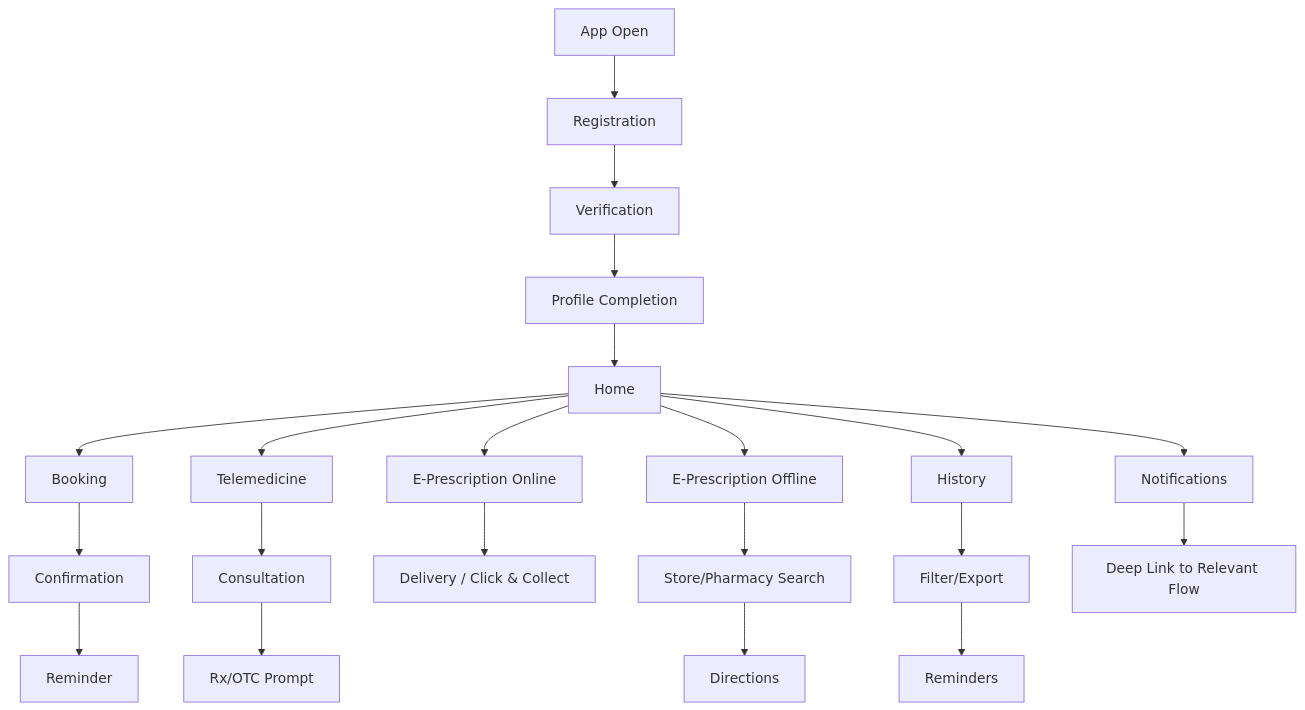
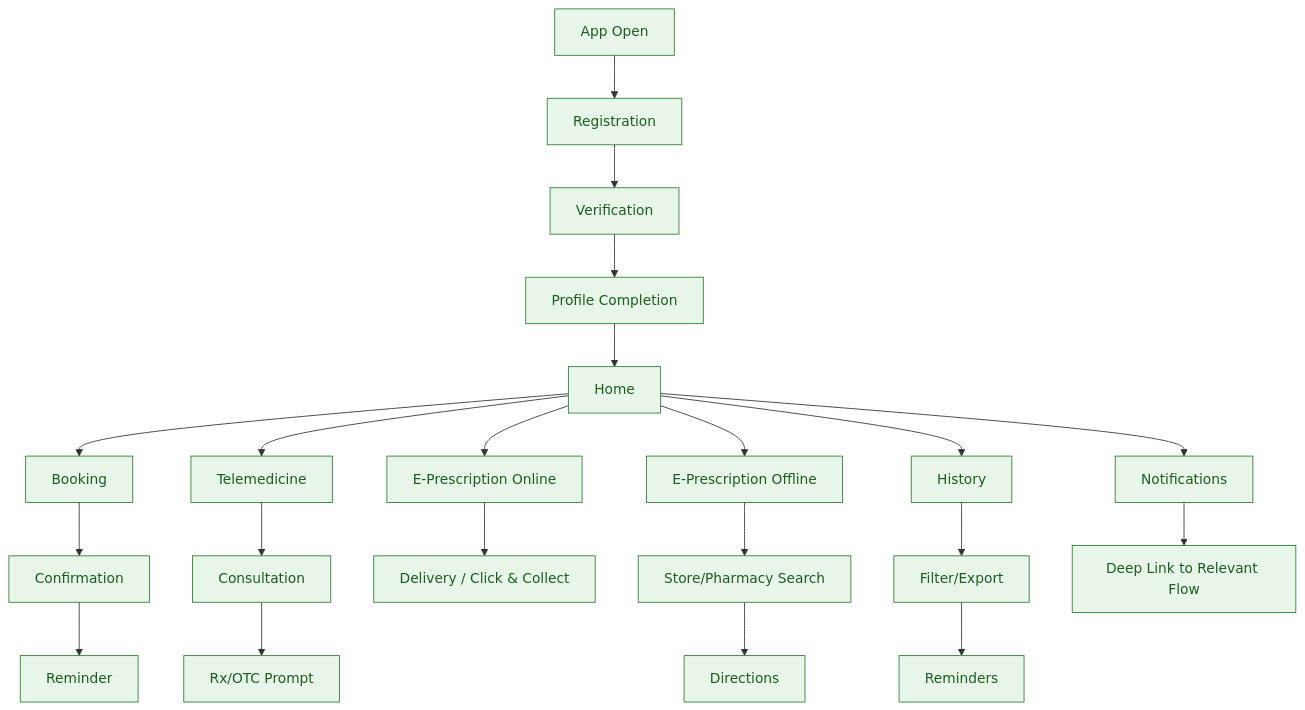
One commit to tini-works/proto-medalpha changed the diagram in docs/scope-index.md. Above: the diagram before and after it, drawn with Mermaid. The commit also changed 99 other files, not shown here.

````diff
--- a/docs/scope-index.md
+++ b/docs/scope-index.md
@@ -33,23 +33,24 @@
 ```mermaid
 flowchart TD
     A[App Open] --> R[Registration]
     R --> V[Verification]
     V --> P[Profile Completion]
     P --> H[Home]
     H --> B[Booking]
     B --> BC[Confirmation]
     BC --> BR[Reminder]
     H --> T[Telemedicine]
     T --> TC[Consultation]
     TC --> RX[Rx/OTC Prompt]
     H --> ERXO[E-Prescription Online]
     ERXO --> DEL[Delivery / Click & Collect]
     H --> ERXF[E-Prescription Offline]
     ERXF --> LOC[Store/Pharmacy Search]
     LOC --> DIR[Directions]
     H --> HIST[History]
     HIST --> HEX[Filter/Export]
     HEX --> HR[Reminders]
     H --> N[Notifications]
     N --> DL[Deep Link to Relevant Flow]
+    classDef default fill:#e8f5e9,stroke:#2e7d32,color:#1b5e20
 ```
````
